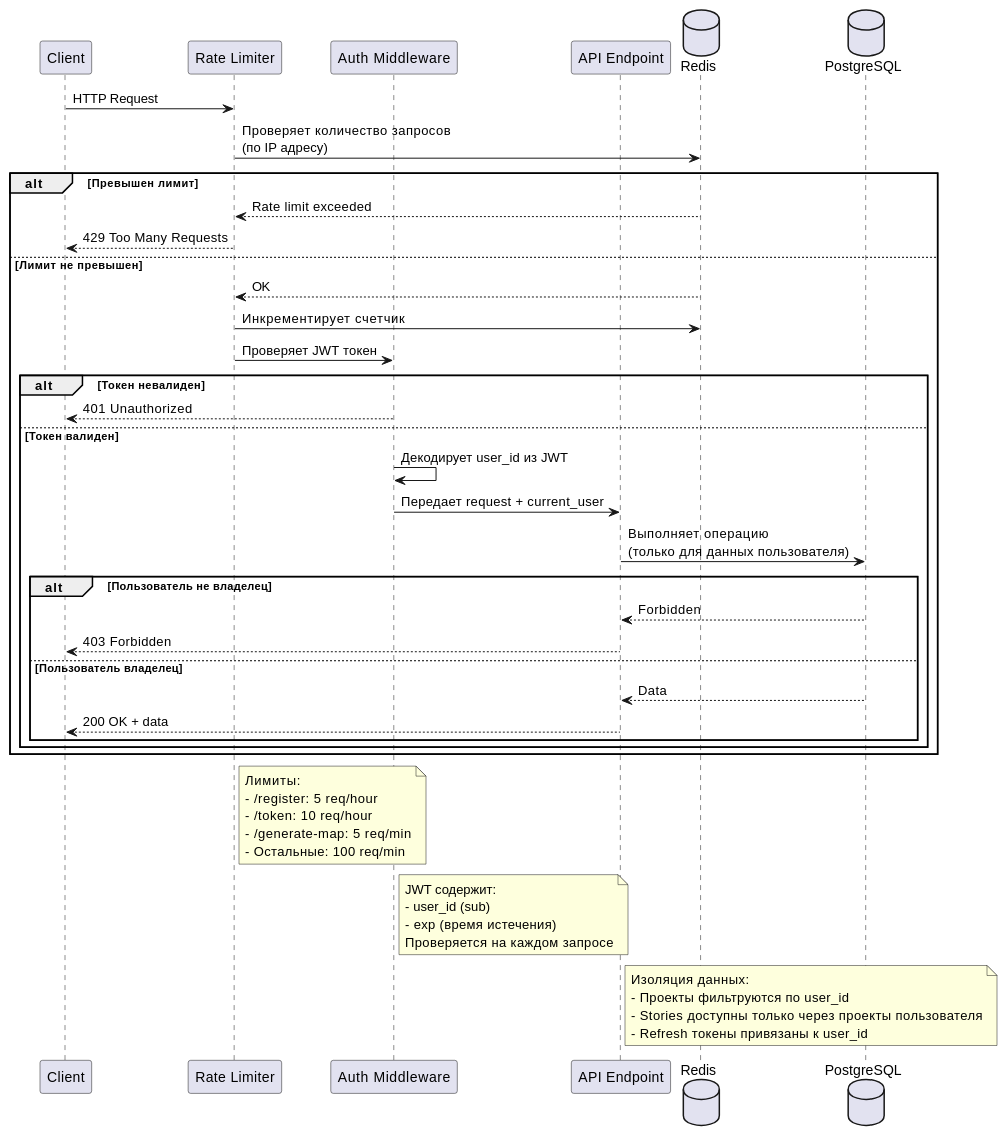
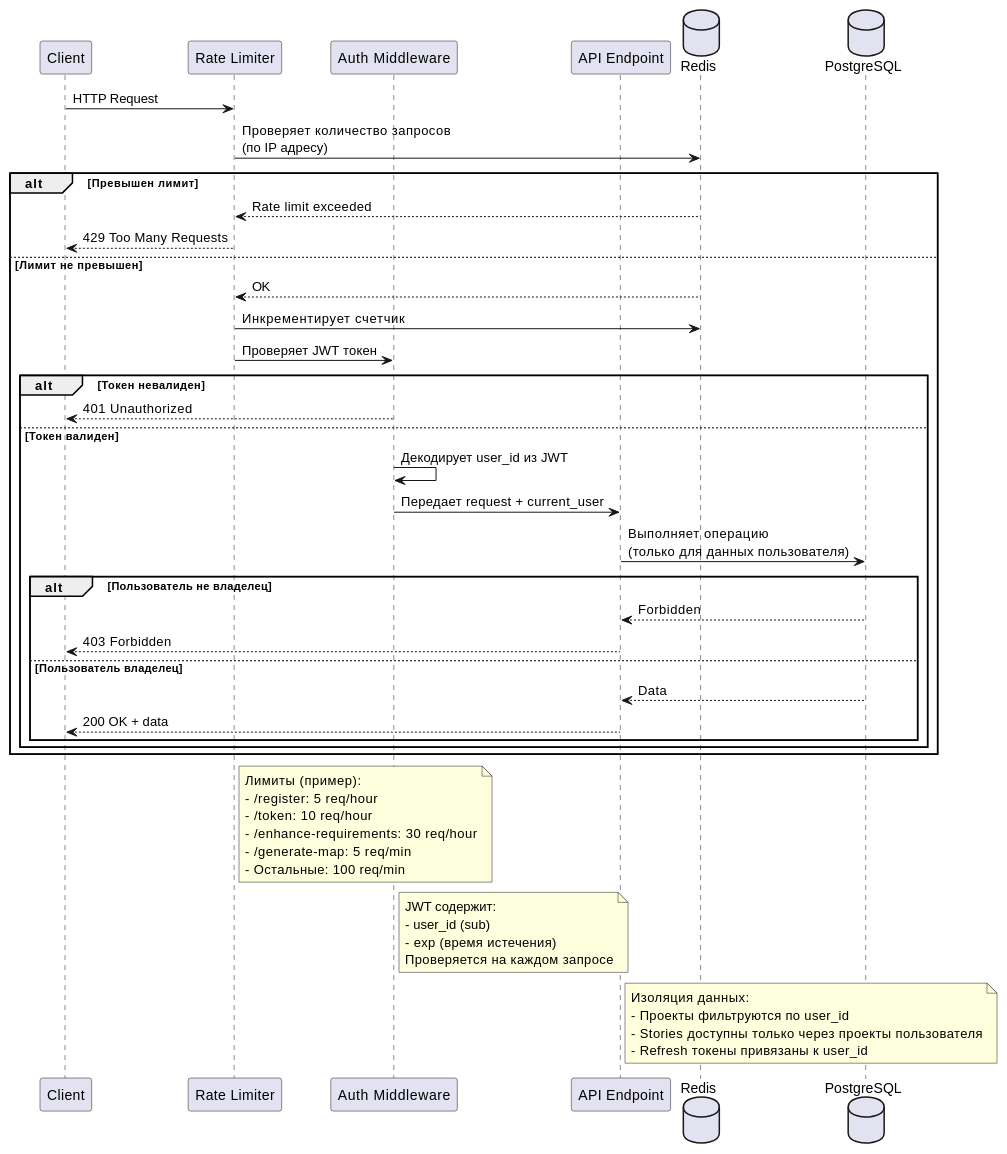
Before and after one commit to smarr68tmb-hash/user_stories_map: the ninth of 12 diagrams in ARCHITECTURE.md, drawn with PlantUML. The commit also changed other lines of this file and 4 other files, not shown here.

Commit message:
docs: refresh architecture diagrams and ai flow

````diff
--- a/ARCHITECTURE.md
+++ b/ARCHITECTURE.md
@@ -600,60 +679,61 @@
 ```plantuml
 @startuml
 participant "Client" as Client
 participant "Rate Limiter" as RL
 participant "Auth Middleware" as Auth
 participant "API Endpoint" as API
 database "Redis" as Cache
 database "PostgreSQL" as DB
 
 Client -> RL: HTTP Request
 RL -> Cache: Проверяет количество запросов\n(по IP адресу)
 
 alt Превышен лимит
   Cache --> RL: Rate limit exceeded
   RL --> Client: 429 Too Many Requests
 else Лимит не превышен
   Cache --> RL: OK
   RL -> Cache: Инкрементирует счетчик
   RL -> Auth: Проверяет JWT токен
   
   alt Токен невалиден
     Auth --> Client: 401 Unauthorized
   else Токен валиден
     Auth -> Auth: Декодирует user_id из JWT
     Auth -> API: Передает request + current_user
     API -> DB: Выполняет операцию\n(только для данных пользователя)
     
     alt Пользователь не владелец
       DB --> API: Forbidden
       API --> Client: 403 Forbidden
     else Пользователь владелец
       DB --> API: Data
       API --> Client: 200 OK + data
     end
   end
 end
 
 note right of RL
-  Лимиты:
+  Лимиты (пример):
   - /register: 5 req/hour
   - /token: 10 req/hour
+  - /enhance-requirements: 30 req/hour
   - /generate-map: 5 req/min
   - Остальные: 100 req/min
 end note
 
 note right of Auth
   JWT содержит:
   - user_id (sub)
   - exp (время истечения)
   Проверяется на каждом запросе
 end note
 
 note right of API
   Изоляция данных:
   - Проекты фильтруются по user_id
   - Stories доступны только через проекты пользователя
   - Refresh токены привязаны к user_id
 end note
 @enduml
 ```
````
